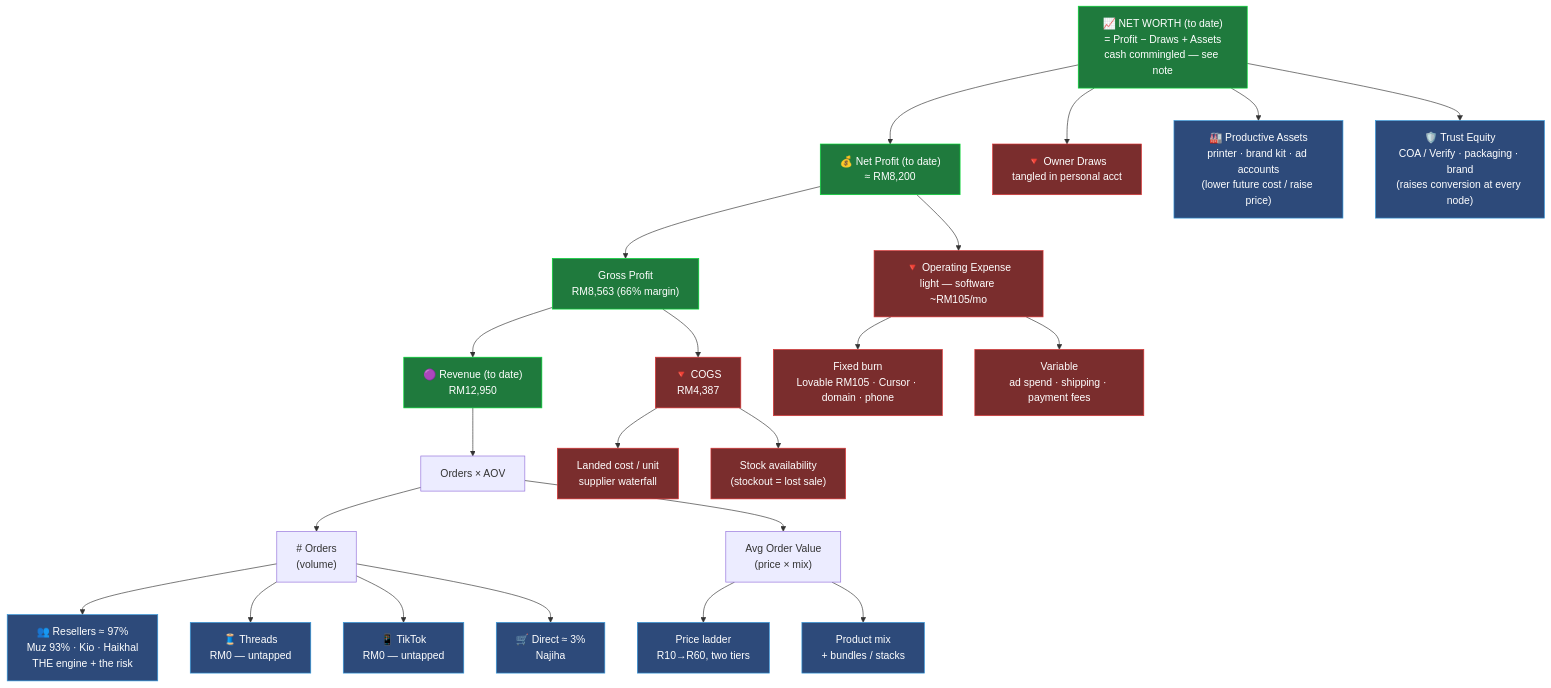
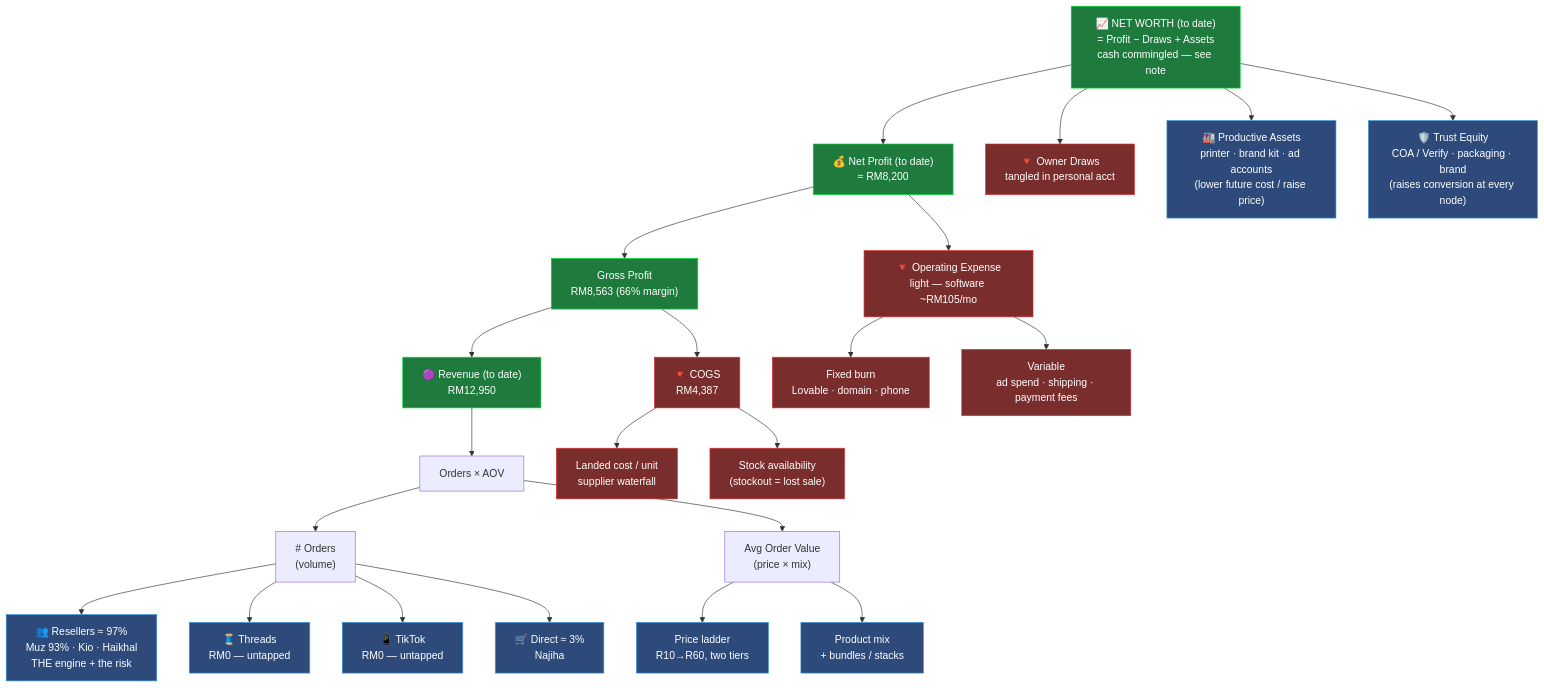
Before and after one commit to nadeemramli/build-blog: the diagram in build-vault/9. Real World/INDEXA/00 - Business OS/Value Architecture — Driver Tree.md, drawn with Mermaid. The commit also changed 599 other files, not shown here.

````diff
--- a/build-vault/9. Real World/INDEXA/00 - Business OS/Value Architecture — Driver Tree.md
+++ b/build-vault/9. Real World/INDEXA/00 - Business OS/Value Architecture — Driver Tree.md
@@ -19,41 +19,41 @@
 ```mermaid
 flowchart TD
     NW["📈 NET WORTH (to date)<br/>= Profit − Draws + Assets<br/>cash commingled — see note"]
 
     NW --> NP["💰 Net Profit (to date)<br/>≈ RM8,200"]
     NW --> OD["🔻 Owner Draws<br/>tangled in personal acct"]
 
     NP --> GP["Gross Profit<br/>RM8,563 (66% margin)"]
     NP --> OX["🔻 Operating Expense<br/>light — software ~RM105/mo"]
 
     GP --> REV["🟣 Revenue (to date)<br/>RM12,950"]
     GP --> COGS["🔻 COGS<br/>RM4,387"]
 
     REV --> ORD["Orders × AOV"]
     ORD --> NORD["# Orders<br/>(volume)"]
     ORD --> AOV["Avg Order Value<br/>(price × mix)"]
 
     NORD --> CH1["👥 Resellers ≈ 97%<br/>Muz 93% · Kio · Haikhal<br/>THE engine + the risk"]
     NORD --> CH2["🧵 Threads<br/>RM0 — untapped"]
     NORD --> CH3["📱 TikTok<br/>RM0 — untapped"]
     NORD --> CH4["🛒 Direct ≈ 3%<br/>Najiha"]
 
     AOV --> PR["Price ladder<br/>R10→R60, two tiers"]
     AOV --> MIX["Product mix<br/>+ bundles / stacks"]
 
     COGS --> LAND["Landed cost / unit<br/>supplier waterfall"]
     COGS --> STOCK["Stock availability<br/>(stockout = lost sale)"]
 
-    OX --> FIX["Fixed burn<br/>Lovable RM105 · Cursor · domain · phone"]
+    OX --> FIX["Fixed burn<br/>Lovable · domain · phone"]
     OX --> VAR["Variable<br/>ad spend · shipping · payment fees"]
 
     NW --> ASSET["🏭 Productive Assets<br/>printer · brand kit · ad accounts<br/>(lower future cost / raise price)"]
     NW --> TRUST["🛡️ Trust Equity<br/>COA / Verify · packaging · brand<br/>(raises conversion at every node)"]
 
     classDef good fill:#1f7a3d,stroke:#0d3,color:#fff;
     classDef cost fill:#7a2d2d,stroke:#d33,color:#fff;
     classDef lever fill:#2d4a7a,stroke:#39d,color:#fff;
     class NW,NP,GP,REV good;
     class OD,OX,COGS,LAND,STOCK,FIX,VAR cost;
     class CH1,CH2,CH3,CH4,PR,MIX,ASSET,TRUST lever;
 ```
````
